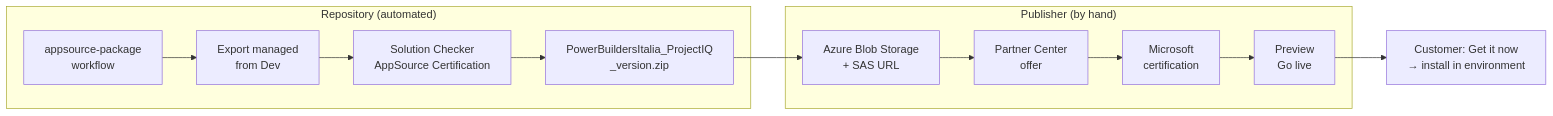
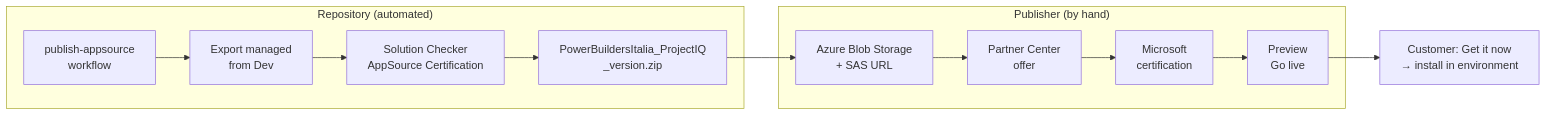
Before and after one commit to Power-Builders-Italia/ProjectIQ: the first of 2 diagrams in docs/appsource.md, drawn with Mermaid. The commit also changed other lines of this file and 2 other files, not shown here.

First line of the commit message:
Rename the AppSource workflow to publish-appsource

````diff
--- a/docs/appsource.md
+++ b/docs/appsource.md
@@ -9,15 +9,15 @@
 ```mermaid
 flowchart LR
     subgraph Repo["Repository (automated)"]
-        A["appsource-package<br/>workflow"] --> B["Export managed<br/>from Dev"]
+        A["publish-appsource<br/>workflow"] --> B["Export managed<br/>from Dev"]
         B --> C["Solution Checker<br/>AppSource Certification"]
         C --> D["PowerBuildersItalia_ProjectIQ<br/>_version.zip"]
     end
     subgraph Manual["Publisher (by hand)"]
         E["Azure Blob Storage<br/>+ SAS URL"] --> F["Partner Center<br/>offer"]
         F --> G["Microsoft<br/>certification"]
         G --> H["Preview<br/>Go live"]
     end
     D --> E
     H --> I["Customer: Get it now<br/>→ install in environment"]
 ```
````
